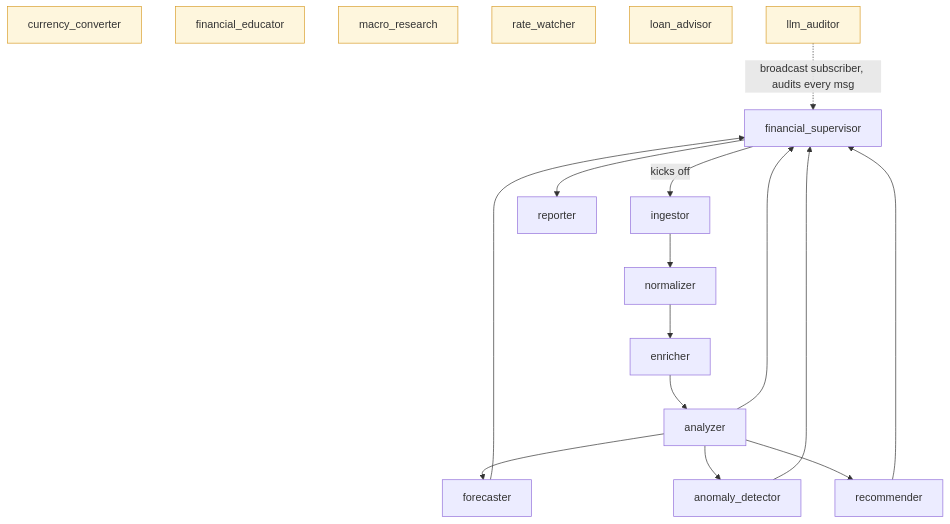
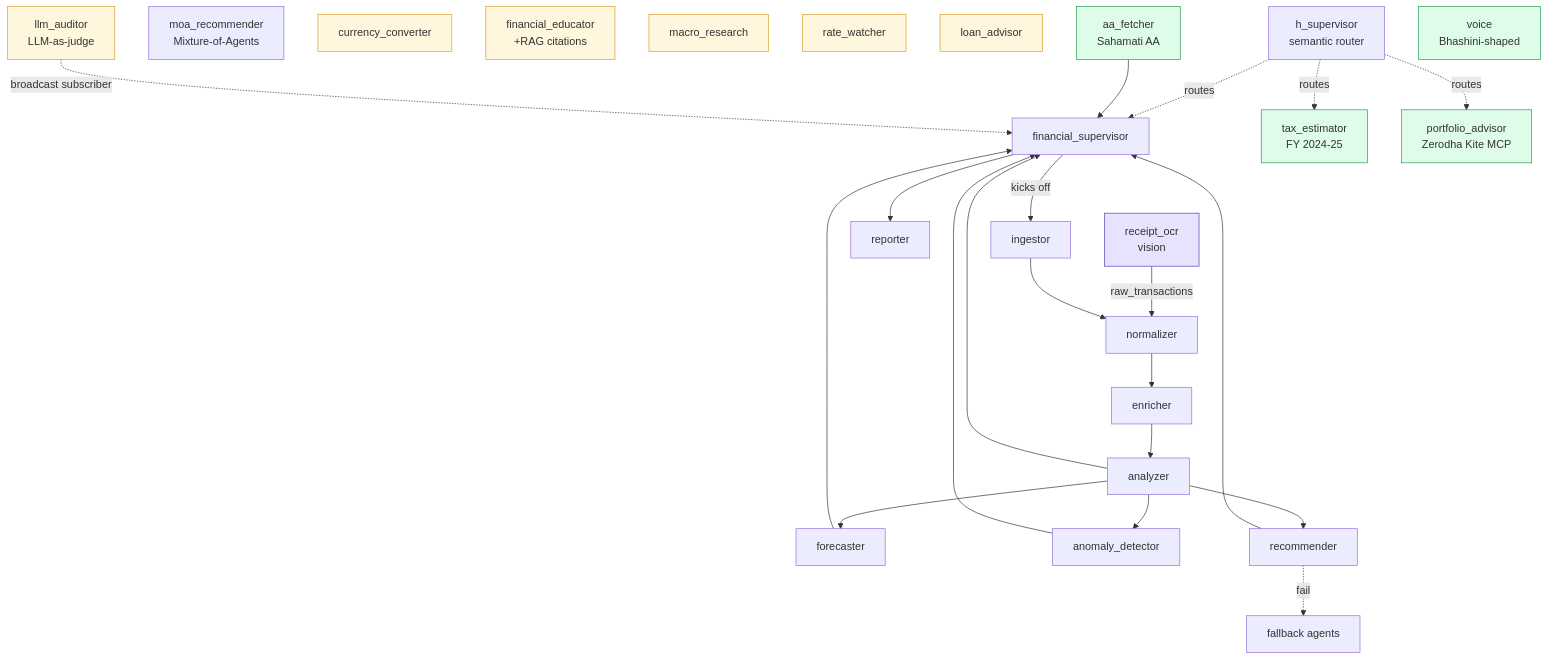
Before and after one commit to c2siorg/genie: the second of 21 diagrams in README.md, drawn with Mermaid. The commit also changed other lines of this file and 21 other files, not shown here.

First line of the commit message:
Real LLM providers, vision OCR, pgvector, GraphRAG, OAuth flows, federated learning + detailed README

````diff
--- a/README.md
+++ b/README.md
@@ -125,31 +207,52 @@
 ```mermaid
 flowchart TB
     SUP[financial_supervisor]
+    HSUP[h_supervisor<br/>semantic router]
     ING[ingestor]
     NORM[normalizer]
     ENR[enricher]
     AN[analyzer]
     FC[forecaster]
     AD[anomaly_detector]
     REC[recommender]
+    MOA[moa_recommender<br/>Mixture-of-Agents]
     REP[reporter]
+    OCR[receipt_ocr<br/>vision]
 
     CUR[currency_converter]
-    EDU[financial_educator]
+    EDU[financial_educator<br/>+RAG citations]
     MAC[macro_research]
     RAT[rate_watcher]
     LOA[loan_advisor]
-    AUD[llm_auditor]
+    TAX[tax_estimator<br/>FY 2024-25]
+    AUD[llm_auditor<br/>LLM-as-judge]
 
+    PA[portfolio_advisor<br/>Zerodha Kite MCP]
+    AAF[aa_fetcher<br/>Sahamati AA]
+    VO[voice<br/>Bhashini-shaped]
+
+    FB[fallback agents]
+
+    HSUP -.routes.-> SUP
+    HSUP -.routes.-> TAX
+    HSUP -.routes.-> PA
+
+    OCR -->|raw_transactions| NORM
     SUP -->|kicks off| ING --> NORM --> ENR --> AN
     AN --> FC --> SUP
     AN --> AD --> SUP
     AN --> REC --> SUP
     AN --> SUP
     SUP --> REP
+    AAF --> SUP
 
-    AUD -. "broadcast subscriber, audits every msg" .-> SUP
+    AUD -. "broadcast subscriber" .-> SUP
+    REC -. fail .-> FB
 
     classDef adk fill:#fef6dd,stroke:#d99e2c
+    classDef india fill:#dffce9,stroke:#249e57
+    classDef vision fill:#e7e3ff,stroke:#5b3eb1
     class CUR,EDU,MAC,RAT,LOA,AUD adk
+    class PA,AAF,VO,TAX india
+    class OCR vision
 ```
````
